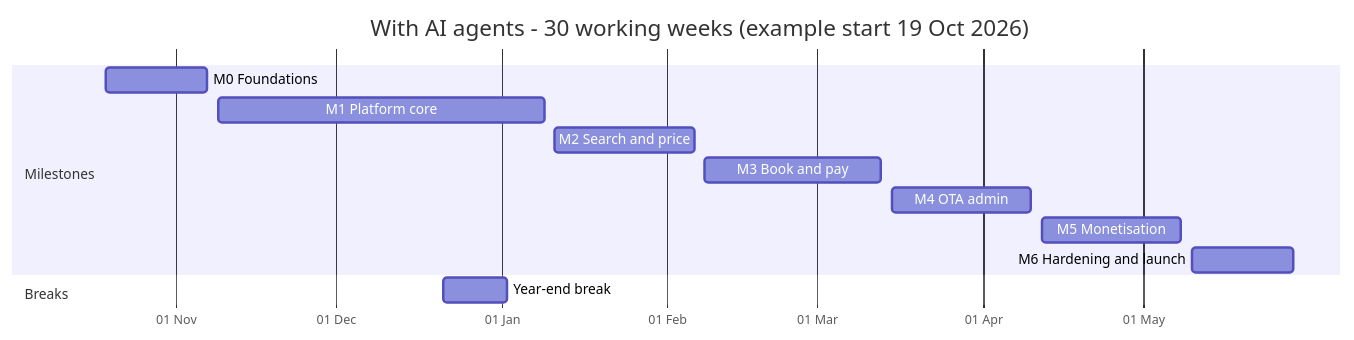
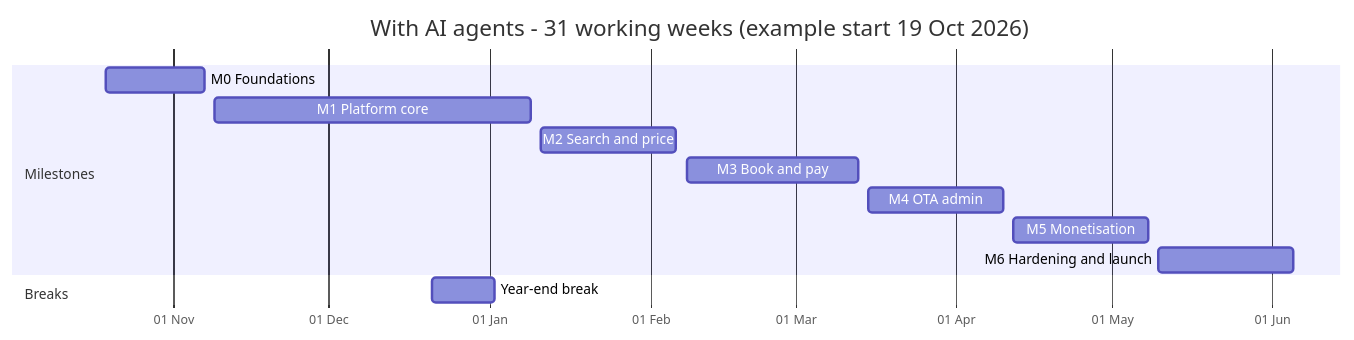
One commit to bhagwati-prasad/velexis-ota changed the first of 3 diagrams in docs/mvp/plans/roadmap.md. Above: the diagram before and after it, drawn with Mermaid. The commit also changed other lines of this file and 33 other files, not shown here.

First line of the commit message:
fix: plan the console setting, reconciliation close and rewrap tasks, re-baseline the roadmap, run E2E before every deploy, and check the SSH source address

````diff
--- a/docs/mvp/plans/roadmap.md
+++ b/docs/mvp/plans/roadmap.md
@@ -60,16 +63,16 @@
 ```mermaid
 gantt
-  title With AI agents - 30 working weeks (example start 19 Oct 2026)
+  title With AI agents - 31 working weeks (example start 19 Oct 2026)
   dateFormat YYYY-MM-DD
   axisFormat %d %b
   section Milestones
   M0 Foundations          :m0, 2026-10-19, 2026-11-07
   M1 Platform core        :m1, 2026-11-09, 2027-01-09
   M2 Search and price     :m2, 2027-01-11, 2027-02-06
   M3 Book and pay         :m3, 2027-02-08, 2027-03-13
   M4 OTA admin            :m4, 2027-03-15, 2027-04-10
   M5 Monetisation         :m5, 2027-04-12, 2027-05-08
-  M6 Hardening and launch :m6, 2027-05-10, 2027-05-29
+  M6 Hardening and launch :m6, 2027-05-10, 2027-06-05
   section Breaks
   Year-end break          :2026-12-21, 2027-01-02
 ```
````
